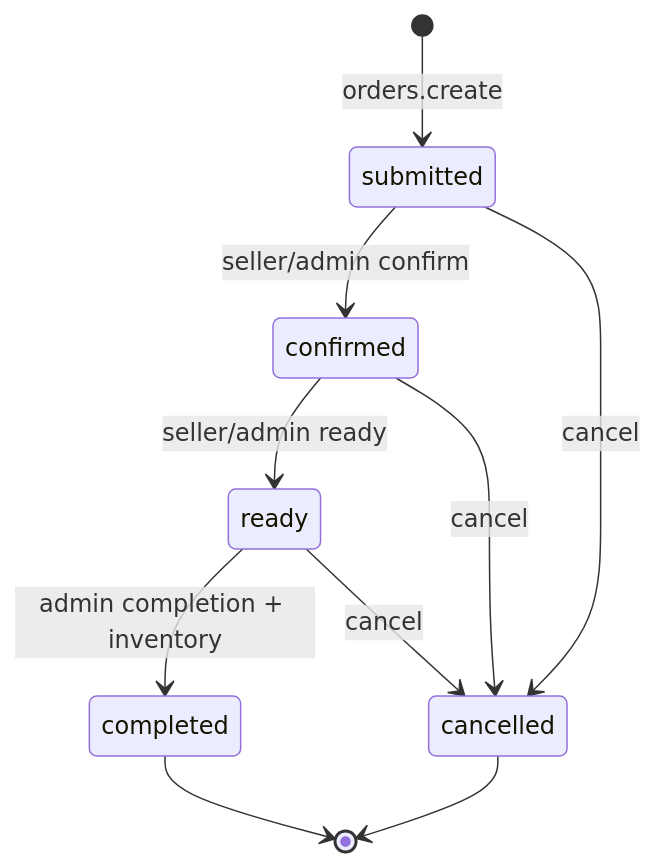
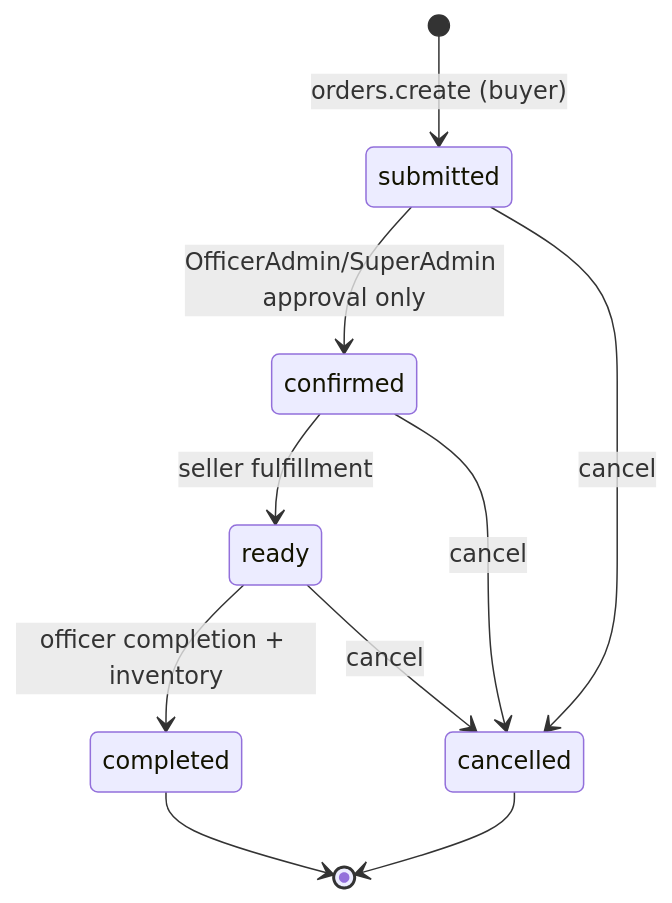
One commit to HEYY-EJAYY/AgriCoop-Marketplace-Final-Capstone changed the seventh of 7 diagrams in docs/AgriCoop_System_Documentation.md. Above: the diagram before and after it, drawn with Mermaid. The commit also changed other lines of this file and 8 other files, not shown here.

First line of the commit message:
Gate order approval behind officer review, seller confirmation, and COD address

````diff
--- a/docs/AgriCoop_System_Documentation.md
+++ b/docs/AgriCoop_System_Documentation.md
@@ -379,12 +379,12 @@
 ```mermaid
 stateDiagram-v2
-  [*] --> submitted : orders.create
-  submitted --> confirmed : seller/admin confirm
+  [*] --> submitted : orders.create (buyer)
+  submitted --> confirmed : OfficerAdmin/SuperAdmin approval only
   submitted --> cancelled : cancel
-  confirmed --> ready : seller/admin ready
+  confirmed --> ready : seller fulfillment
   confirmed --> cancelled : cancel
-  ready --> completed : admin completion + inventory
+  ready --> completed : officer completion + inventory
   ready --> cancelled : cancel
   completed --> [*]
   cancelled --> [*]
 ```
````
